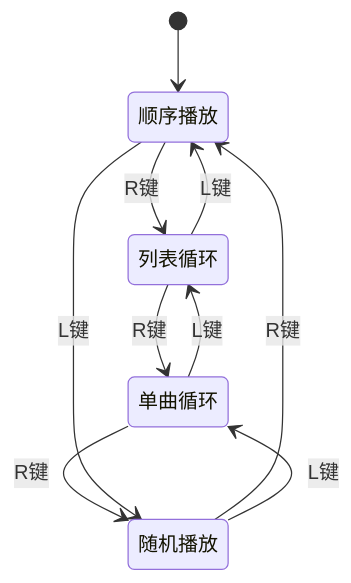
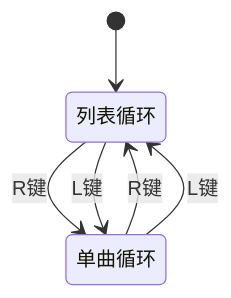
Before and after one commit to leejkee/MiniAudioPlayerST: the second of 2 diagrams in docs/PRD.md, drawn with Mermaid. The commit also changed other lines of this file and 2 other files, not shown here.

````diff
--- a/docs/PRD.md
+++ b/docs/PRD.md
@@ -489,13 +478,8 @@
 ```mermaid
 stateDiagram-v2
-    [*] --> 顺序播放
-    顺序播放 --> 列表循环 : R键
+    [*] --> 列表循环
     列表循环 --> 单曲循环 : R键
-    单曲循环 --> 随机播放 : R键
-    随机播放 --> 顺序播放 : R键
-
-    顺序播放 --> 随机播放 : L键
-    随机播放 --> 单曲循环 : L键
+    单曲循环 --> 列表循环 : R键
     单曲循环 --> 列表循环 : L键
-    列表循环 --> 顺序播放 : L键
+    列表循环 --> 单曲循环 : L键
 ```
````
